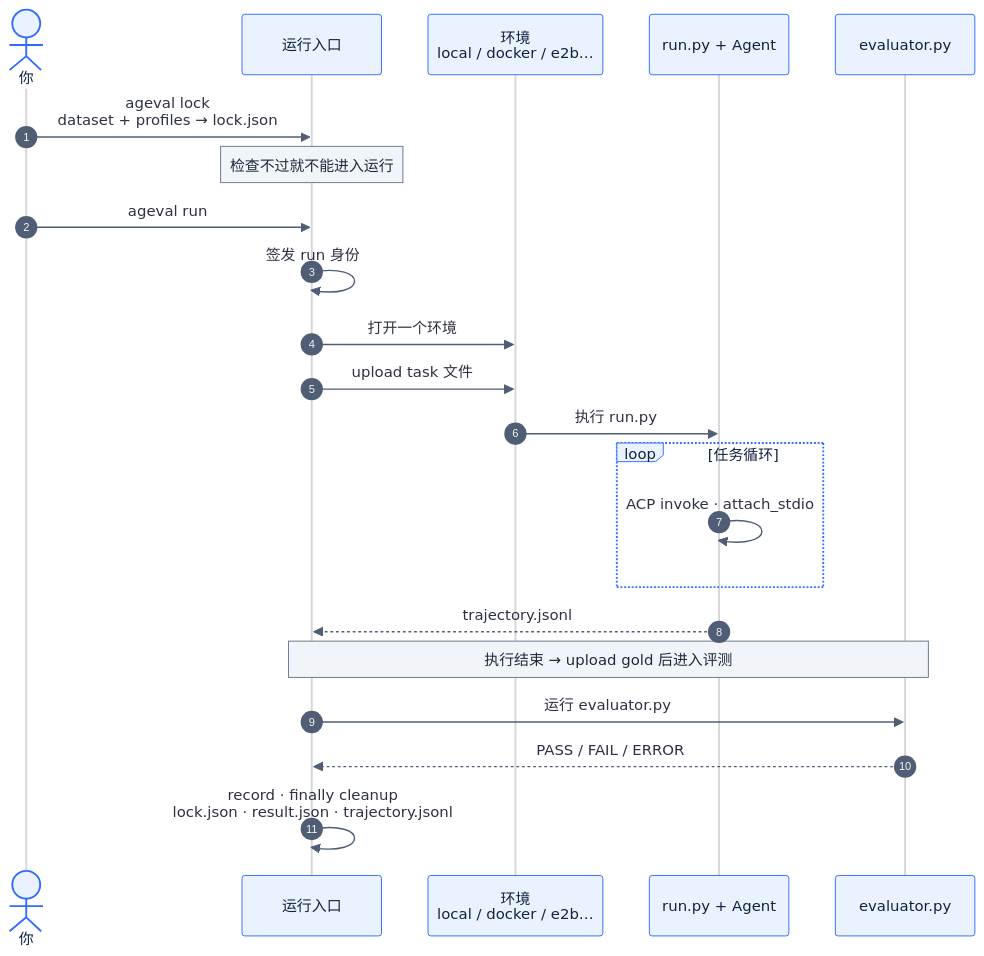
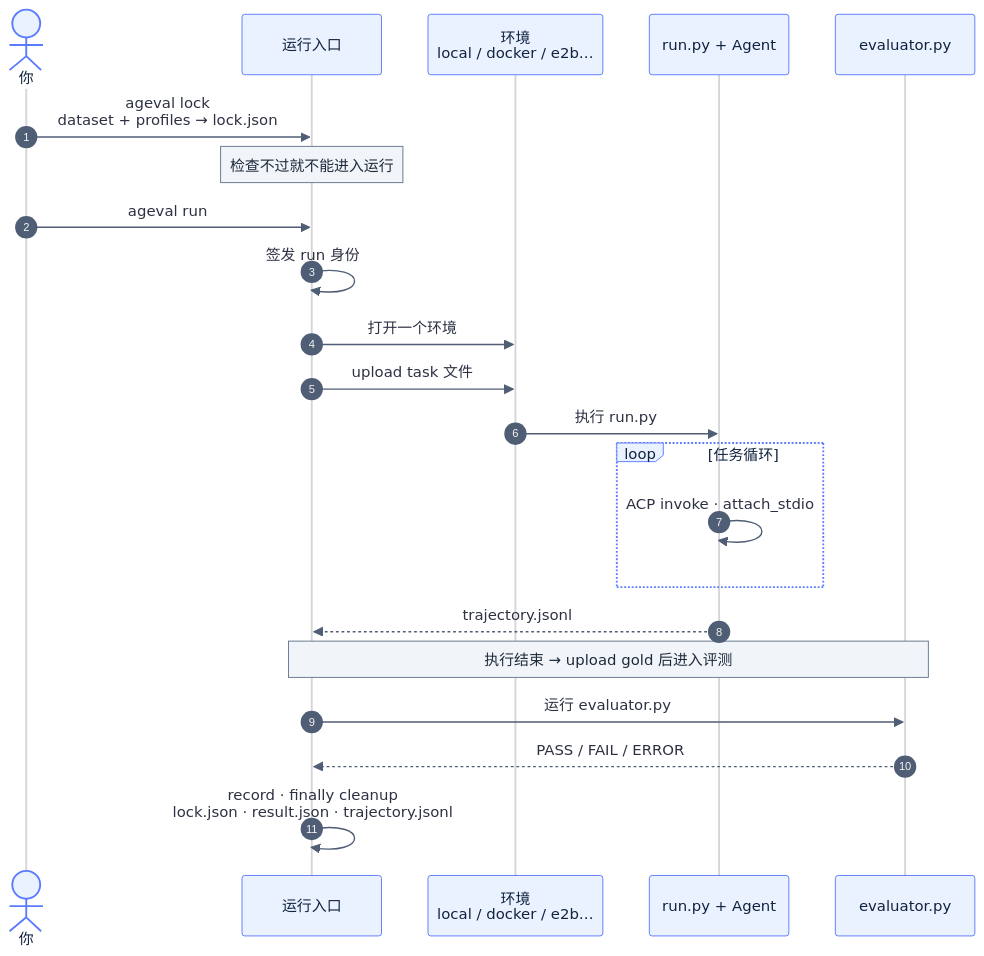
One commit to ZJU-REAL/AgEval changed the diagram in README.zh-CN.md. Above: the diagram before and after it, drawn with Mermaid. The commit also changed other lines of this file and 12 other files, not shown here.

First line of the commit message:
docs(readme): swap hero video, screenshots, and plugin-graph figures

````diff
--- a/README.zh-CN.md
+++ b/README.zh-CN.md
@@ -137,26 +143,26 @@
 ```mermaid
-%%{init: {"theme":"base","themeVariables":{"actorBkg":"#eaf1ff","actorBorder":"#2f6bff","actorTextColor":"#10233f","actorLineColor":"rgba(45,49,66,0.2)","signalColor":"#4f5d75","signalTextColor":"#2d3142","labelBoxBkgColor":"#eaf1ff","labelBoxBorderColor":"#2f6bff","labelTextColor":"#10233f","noteBkgColor":"#f1f5f9","noteBorderColor":"#64748b","noteTextColor":"#1e293b"}}}%%
+%%{init: {"theme":"base","themeVariables":{"actorBkg":"#eaf1ff","actorBorder":"#5B7BFF","actorTextColor":"#10233f","actorLineColor":"rgba(45,49,66,0.2)","signalColor":"#4f5d75","signalTextColor":"#2d3142","labelBoxBkgColor":"#eaf1ff","labelBoxBorderColor":"#5B7BFF","labelTextColor":"#10233f","noteBkgColor":"#f1f5f9","noteBorderColor":"#64748b","noteTextColor":"#1e293b"}}}%%
 sequenceDiagram
     autonumber
     actor u as 你
     participant r as 运行入口
     participant e as 环境<br/>local / docker / e2b…
     participant t as run.py + Agent
     participant v as evaluator.py
 
     u->>r: ageval lock<br/>dataset + profiles → lock.json
     Note over r: 检查不过就不能进入运行
     u->>r: ageval run
     r->>r: 签发 run 身份
     r->>e: 打开一个环境
     r->>e: upload task 文件
     e->>t: 执行 run.py
     loop 任务循环
         t->>t: ACP invoke · attach_stdio
     end
     t-->>r: trajectory.jsonl
     Note over r,v: 执行结束 → upload gold 后进入评测
     r->>v: 运行 evaluator.py
     v-->>r: PASS / FAIL / ERROR
     r->>r: record · finally cleanup<br/>lock.json · result.json · trajectory.jsonl
 ```
````
